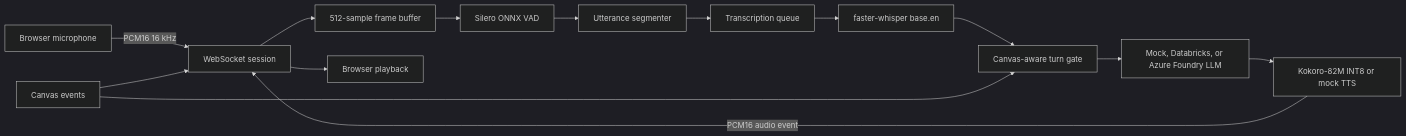
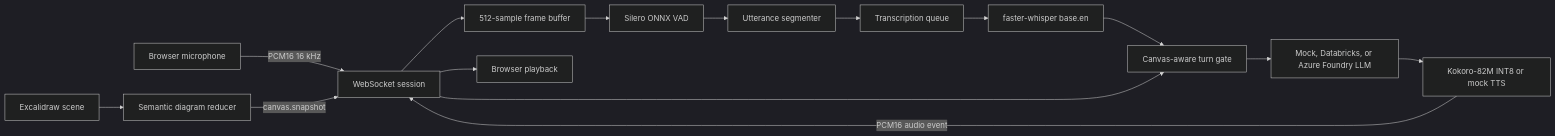
Before and after one commit to manupatel007/system-design-ai-interview: the diagram in docs/VOICE_PIPELINE.md, drawn with Mermaid (dark theme). The commit also changed other lines of this file and 196 other files, not shown here.

Commit message:
feat: add structured Excalidraw canvas

````diff
--- a/docs/VOICE_PIPELINE.md
+++ b/docs/VOICE_PIPELINE.md
@@ -22,16 +22,17 @@
 ```mermaid
 flowchart LR
     MIC[Browser microphone] -->|PCM16 16 kHz| WS[WebSocket session]
-    CANVAS[Canvas events] --> WS
+    CANVAS[Excalidraw scene] --> REDUCER[Semantic diagram reducer]
+    REDUCER -->|canvas.snapshot| WS
     WS --> FRAMES[512-sample frame buffer]
     FRAMES --> VAD[Silero ONNX VAD]
     VAD --> SEGMENT[Utterance segmenter]
     SEGMENT --> QUEUE[Transcription queue]
     QUEUE --> STT[faster-whisper base.en]
     STT --> GATE[Canvas-aware turn gate]
-    CANVAS --> GATE
+    WS --> GATE
     GATE --> LLM[Mock, Databricks, or Azure Foundry LLM]
     LLM --> TTS[Kokoro-82M INT8 or mock TTS]
     TTS -->|PCM16 audio event| WS
     WS --> PLAYBACK[Browser playback]
 ```
````
